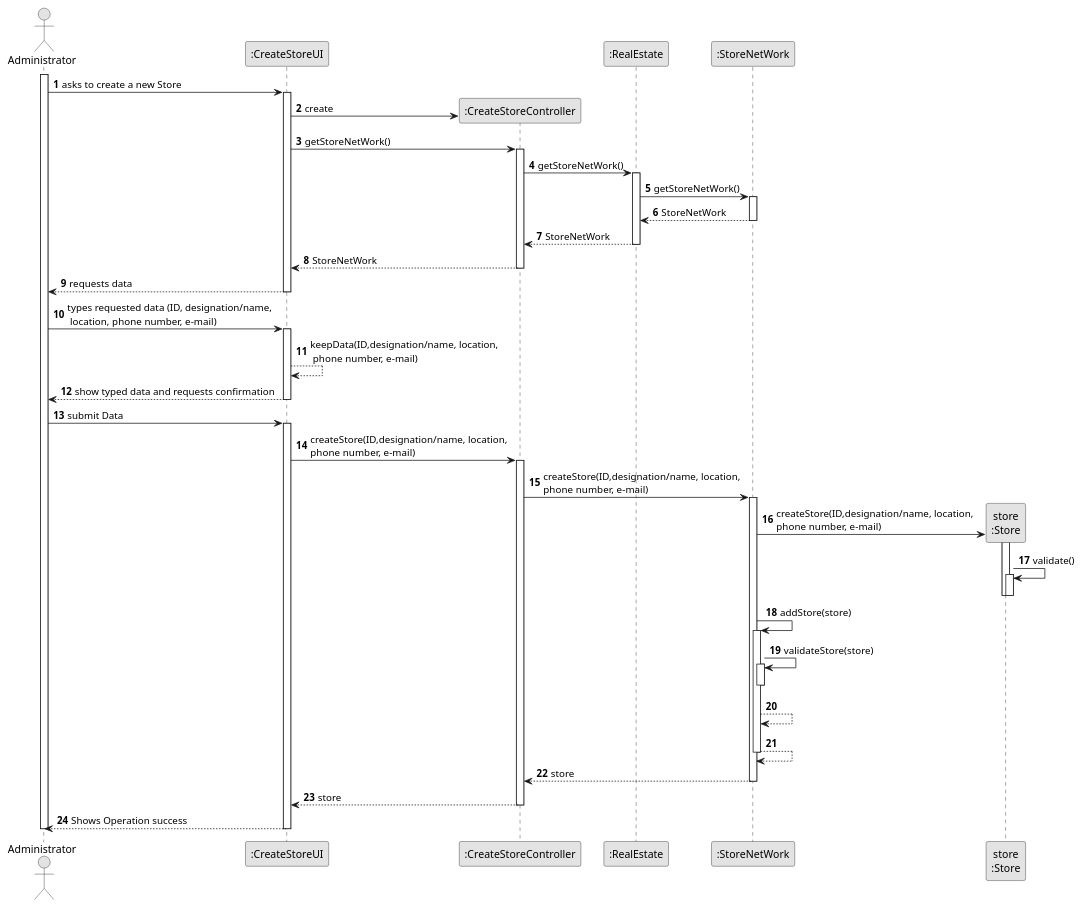
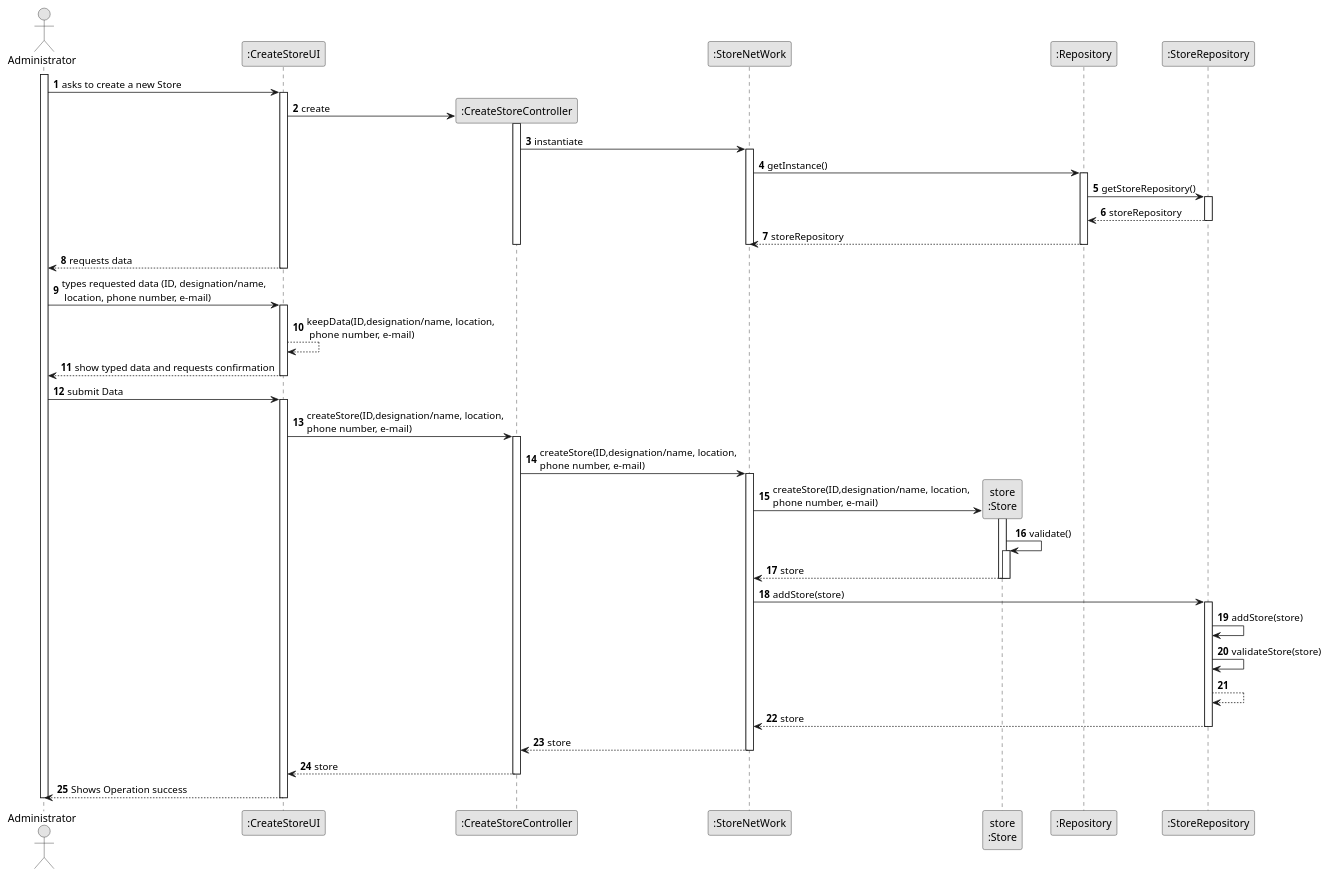
Before and after one commit to hugosilva2901/lei-22-s2-1DO-g68: the diagram in lei-22-s2-1do-g68/docs/SprintB/us005/03.design/puml/us005-sequence-diagram-full.puml, drawn with PlantUML. The commit also changed 2 other files, not shown here.

Commit message:
US005 - Updade Sequence Diagram

```diff
--- a/lei-22-s2-1do-g68/docs/SprintB/us005/03.design/puml/us005-sequence-diagram-full.puml
+++ b/lei-22-s2-1do-g68/docs/SprintB/us005/03.design/puml/us005-sequence-diagram-full.puml
@@ -1,74 +1,75 @@
 @startuml
 skinparam monochrome true
 skinparam packageStyle rectangle
 skinparam shadowing false
 
 autonumber
 
 'hide footbox
 actor "Administrator" as ADM
 participant ":CreateStoreUI" as UI
 participant ":CreateStoreController" as CTRL
-participant ":RealEstate" as RE
 participant ":StoreNetWork" as SN
 participant "store\n:Store" as S
+participant ":Repository" as repository
+participant ":StoreRepository" as storeRepo
 
 activate ADM
 
         ADM -> UI : asks to create a new Store
 
         activate UI
             UI -> CTRL** : create
-            UI -> CTRL : getStoreNetWork()
             activate CTRL
-            CTRL -> RE : getStoreNetWork()
-                activate RE
-                RE -> SN : getStoreNetWork()
-                    activate SN
-                    SN --> RE : StoreNetWork
-                    deactivate SN
-                RE--> CTRL : StoreNetWork
-                deactivate RE
-
-            CTRL --> UI : StoreNetWork
+            CTRL -> SN : instantiate
+                activate SN
+                SN -> repository : getInstance()
+                    activate repository
+                    repository -> storeRepo : getStoreRepository()
+                        activate storeRepo
+                        storeRepo --> repository : storeRepository
+                        deactivate storeRepo
+                        repository -->SN : storeRepository
+                        deactivate repository
+                deactivate SN
             deactivate CTRL
         UI --> ADM : requests data
         deactivate UI
 
         ADM ->UI : types requested data (ID, designation/name, \n location, phone number, e-mail)
         activate UI
         UI --> UI :  keepData(ID,designation/name, location,\n phone number, e-mail)
         UI--> ADM :show typed data and requests confirmation
         deactivate UI
 
         ADM -> UI: submit Data
         activate UI
         UI -> CTRL : createStore(ID,designation/name, location,\nphone number, e-mail)
         activate CTRL
             CTRL -> SN : createStore(ID,designation/name, location,\nphone number, e-mail)
             activate SN
             SN -> S** :createStore(ID,designation/name, location,\nphone number, e-mail)
                 activate S
                     S->S : validate()
                     activate S
+                    S-->SN : store
                     deactivate S
                 deactivate S
+        SN -> storeRepo : addStore(store)
+       activate storeRepo
+       storeRepo -> storeRepo : addStore(store)
+       storeRepo -> storeRepo : validateStore(store)
+       storeRepo --> storeRepo
+       storeRepo --> SN : store
+       deactivate storeRepo
 
 
-        SN -> SN : addStore(store)
-        activate SN
-        SN -> SN :validateStore(store)
-            activate SN
-            deactivate SN
-        SN --> SN
-        SN --> SN
-        deactivate SN
 
         SN --> CTRL : store
         deactivate SN
         CTRL --> UI : store
         deactivate CTRL
         UI -->ADM :Shows Operation success
         deactivate UI
         deactivate ADM
 @enduml
```
